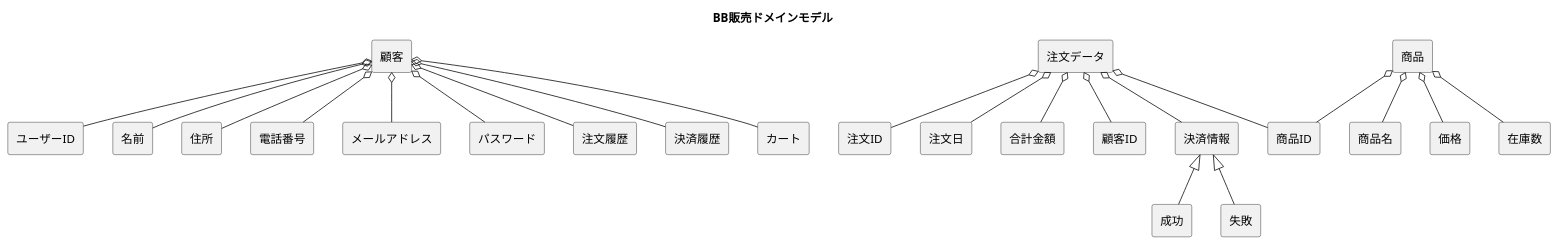
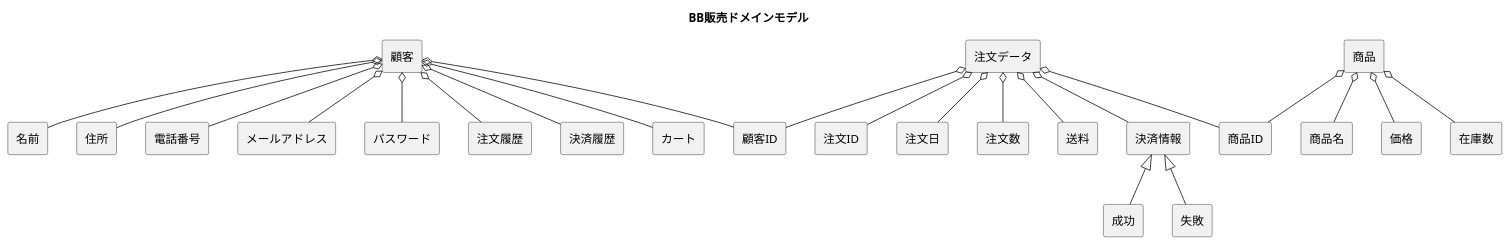
One commit to FujikawaHirono0520/group3_1_dogdog changed the diagram in BB/domain.pu. Above: the diagram before and after it, drawn with PlantUML.

Commit message:
【変更】顧客IDへの統一、合計金額を注文数と送料に分割

```diff
--- a/BB/domain.pu
+++ b/BB/domain.pu
@@ -1,30 +1,31 @@
 @startuml
 
 title BB販売ドメインモデル
 skinparam componentStyle rectangle
-[顧客] o-- [ユーザーID]
+[顧客] o-- [顧客ID]
 [顧客] o-- [名前]
 [顧客] o-- [住所]
 [顧客] o-- [電話番号]
 [顧客] o-- [メールアドレス]
 [顧客] o-- [パスワード]
 [顧客] o-- [注文履歴]
 [顧客] o-- [決済履歴]
 [顧客] o-- [カート]
 
 [注文データ] o-- [注文ID]
-[注文データ] o-- [注文日]
-[注文データ] o-- [合計金額]
 [注文データ] o-- [顧客ID]
 [注文データ] o-- [商品ID]
+[注文データ] o-- [注文日]
+[注文データ] o-- [注文数]
+[注文データ] o-- [送料]
 [注文データ] o-- [決済情報]
 
 [決済情報] <|-- [成功]
 [決済情報] <|-- [失敗]
 
 [商品] o-- [商品ID]
 [商品] o-- [商品名]
 [商品] o-- [価格]
 [商品] o-- [在庫数]
 
 @enduml
```
